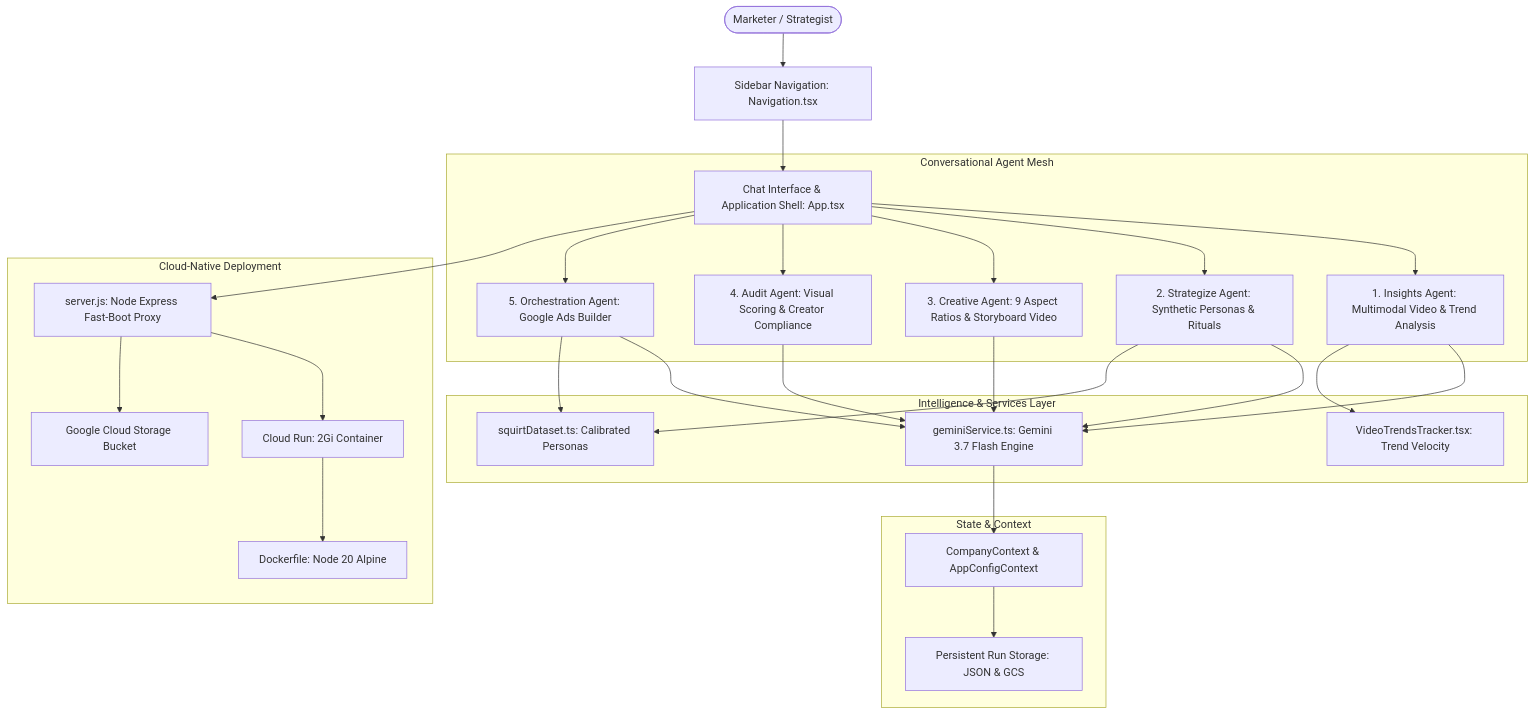
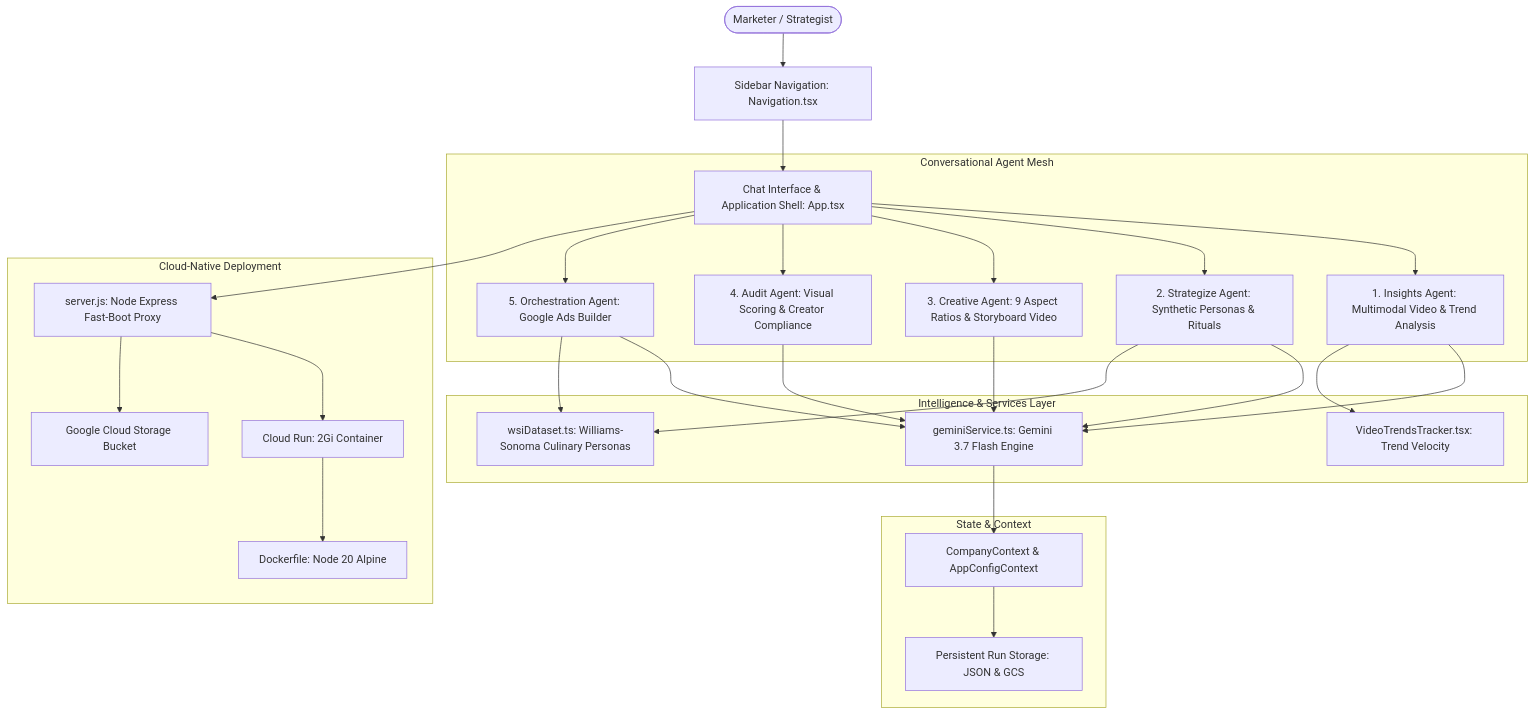
The diagram in README.md (curtis-gross/chat-based-ailab), drawn with Mermaid before and after one commit. The commit also changed other lines of this file and 49 other files, not shown here.

````diff
--- a/README.md
+++ b/README.md
@@ -6,36 +6,36 @@
 ```mermaid
 graph TD
     User([Marketer / Strategist]) --> Nav[Sidebar Navigation: Navigation.tsx]
     Nav --> UI[Chat Interface & Application Shell: App.tsx]
 
     subgraph Conversational Agent Mesh
         UI --> InsightsAgent[1. Insights Agent: Multimodal Video & Trend Analysis]
         UI --> StrategizeAgent[2. Strategize Agent: Synthetic Personas & Rituals]
         UI --> CreativeAgent[3. Creative Agent: 9 Aspect Ratios & Storyboard Video]
         UI --> AuditAgent[4. Audit Agent: Visual Scoring & Creator Compliance]
         UI --> OrchestrationAgent[5. Orchestration Agent: Google Ads Builder]
     end
 
     subgraph Intelligence & Services Layer
         InsightsAgent --> GeminiSvc[geminiService.ts: Gemini 3.7 Flash Engine]
         StrategizeAgent --> GeminiSvc
         CreativeAgent --> GeminiSvc
         AuditAgent --> GeminiSvc
         OrchestrationAgent --> GeminiSvc
         InsightsAgent --> VideoTracker[VideoTrendsTracker.tsx: Trend Velocity]
-        StrategizeAgent --> SquirtData[squirtDataset.ts: Calibrated Personas]
-        OrchestrationAgent --> SquirtData
+        StrategizeAgent --> WsiData[wsiDataset.ts: Williams-Sonoma Culinary Personas]
+        OrchestrationAgent --> WsiData
     end
 
     subgraph State & Context
         GeminiSvc --> Context[CompanyContext & AppConfigContext]
         Context --> RunStorage[Persistent Run Storage: JSON & GCS]
     end
 
     subgraph Cloud-Native Deployment
         UI --> Server[server.js: Node Express Fast-Boot Proxy]
         Server --> CloudRun[Cloud Run: 2Gi Container]
         Server --> GCSBucket[Google Cloud Storage Bucket]
         CloudRun --> Docker[Dockerfile: Node 20 Alpine]
     end
 ```
````
